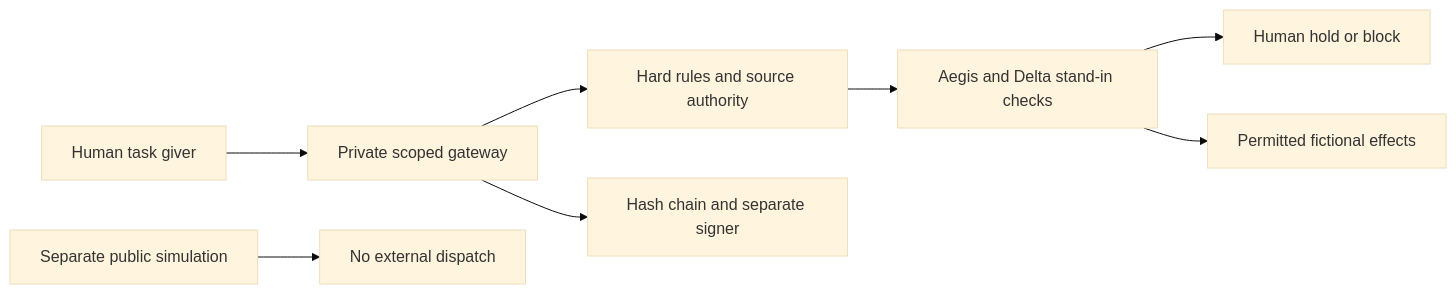
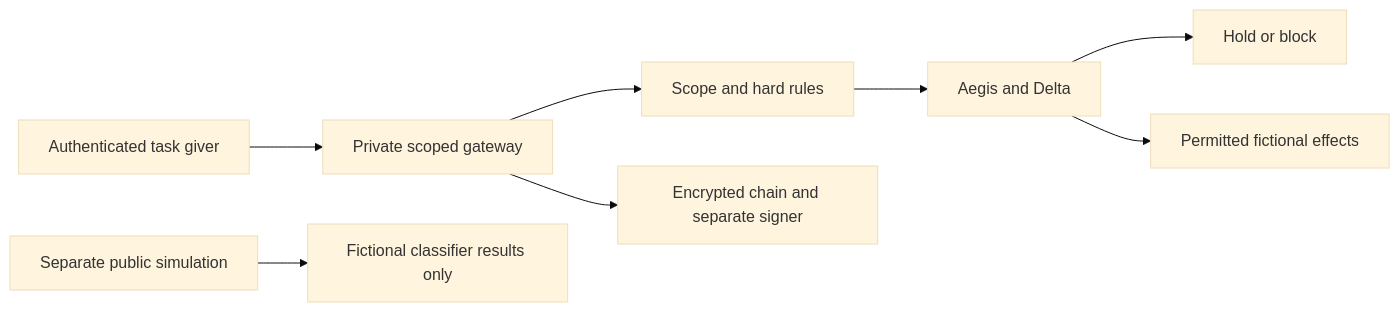
One commit to Chinchuan24/QwenWork-Agent-Hackerthon-Track-2 changed the diagram in README.md. Above: the diagram before and after it, drawn with Mermaid (base theme). The commit also changed other lines of this file and 29 other files, not shown here.

````diff
--- a/README.md
+++ b/README.md
@@ -13,10 +19,10 @@
 ```mermaid
 flowchart LR
-    Human[Human task giver] --> Gateway[Private scoped gateway]
-    Gateway --> Rules[Hard rules and source authority]
-    Rules --> Guards[Aegis and Delta stand-in checks]
-    Guards --> Hold[Human hold or block]
-    Guards --> Sandbox[Permitted fictional effects]
-    Gateway --> Audit[Hash chain and separate signer]
-    Public[Separate public simulation] --> NoEffects[No external dispatch]
+    Owner[Authenticated task giver] --> Gateway[Private scoped gateway]
+    Gateway --> Rules[Scope and hard rules]
+    Rules --> Guards[Aegis and Delta]
+    Guards --> Review[Hold or block]
+    Guards --> Effects[Permitted fictional effects]
+    Gateway --> Audit[Encrypted chain and separate signer]
+    Public[Separate public simulation] --> Fixtures[Fictional classifier results only]
 ```
````
